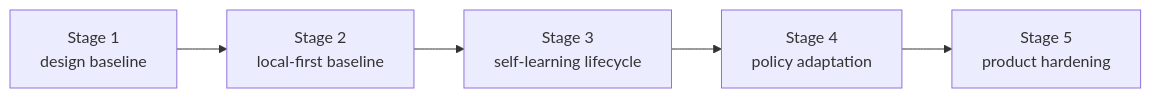
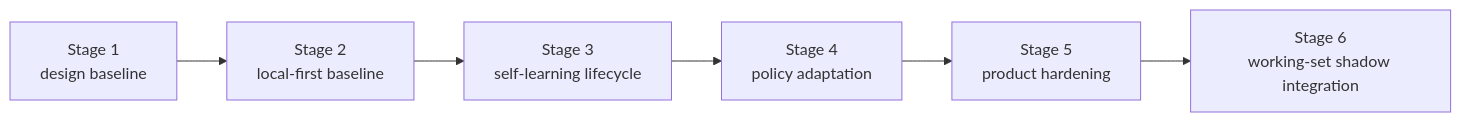
One commit to redcreen/memory-context-claw changed the diagram in docs/roadmap.md. Above: the diagram before and after it, drawn with Mermaid. The commit also changed other lines of this file and 3 other files, not shown here.

Commit message:
Plan Stage 6 dialogue working-set shadow integration

````diff
--- a/docs/roadmap.md
+++ b/docs/roadmap.md
@@ -79,7 +102,8 @@
 ```mermaid
 flowchart LR
     A["Stage 1<br/>design baseline"] --> B["Stage 2<br/>local-first baseline"]
     B --> C["Stage 3<br/>self-learning lifecycle"]
     C --> D["Stage 4<br/>policy adaptation"]
     D --> E["Stage 5<br/>product hardening"]
+    E --> F["Stage 6<br/>working-set shadow integration"]
 ```
````
